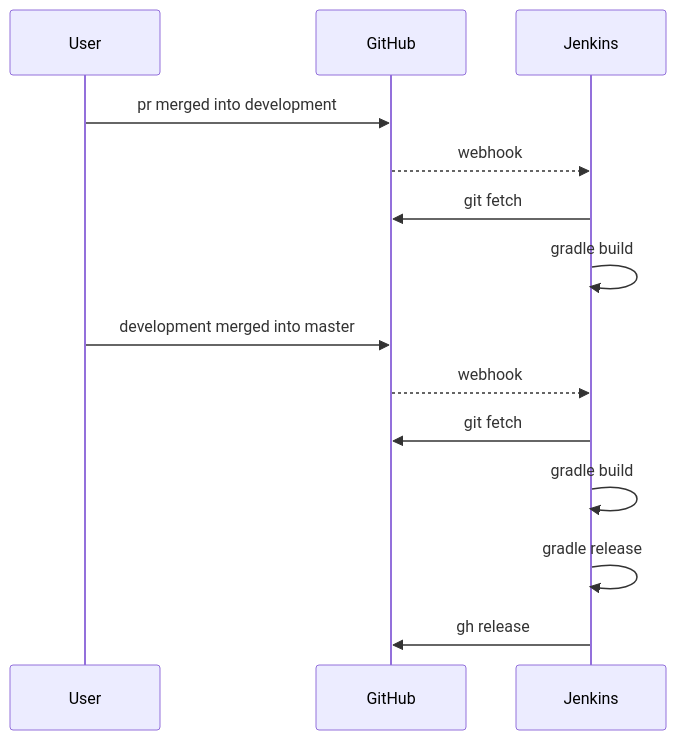
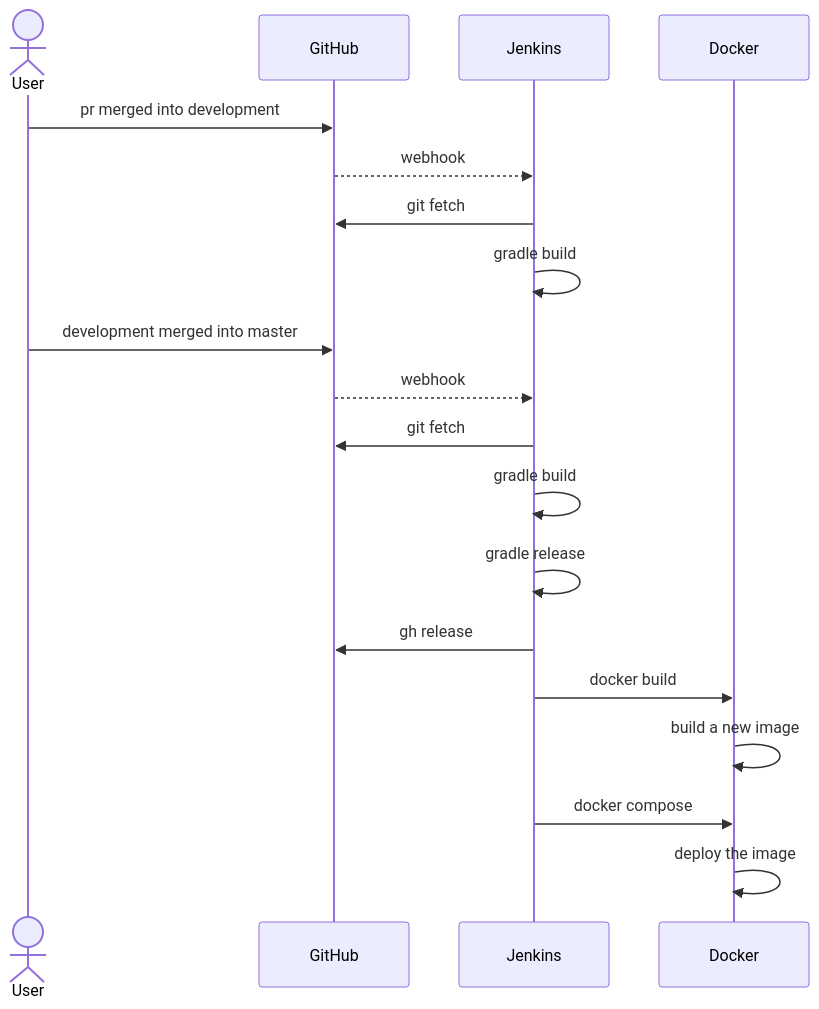
The diagram in 迭代二/项目文档/CICD文档.md (SentiSamoyed/ProcessDocumentation), drawn with Mermaid before and after one commit. The commit also changed other lines of this file, not shown here.

````diff
--- a/迭代二/项目文档/CICD文档.md
+++ b/迭代二/项目文档/CICD文档.md
@@ -17,14 +15,20 @@
 ```mermaid
 sequenceDiagram
+
+actor User
 
 User ->> GitHub : pr merged into development
 GitHub -->> Jenkins : webhook
 Jenkins ->> GitHub : git fetch
 Jenkins ->> Jenkins : gradle build
 User ->> GitHub : development merged into master
 GitHub -->> Jenkins : webhook
 Jenkins ->> GitHub : git fetch
 Jenkins ->> Jenkins : gradle build
 Jenkins ->> Jenkins : gradle release
 Jenkins ->> GitHub : gh release
+Jenkins ->> Docker: docker build
+Docker ->> Docker : build a new image
+Jenkins ->> Docker : docker compose
+Docker ->> Docker : deploy the image
 ```
````
